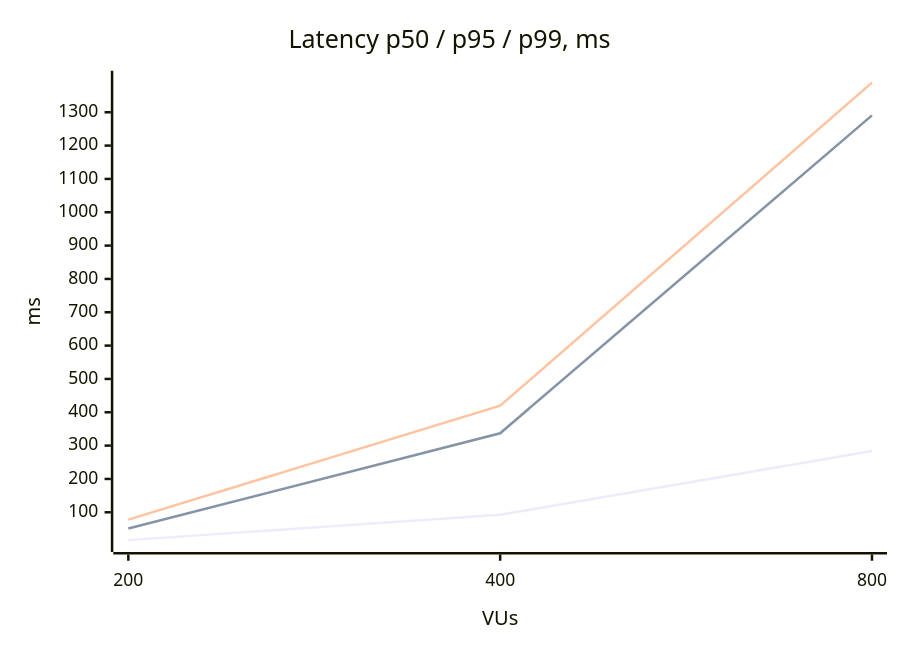
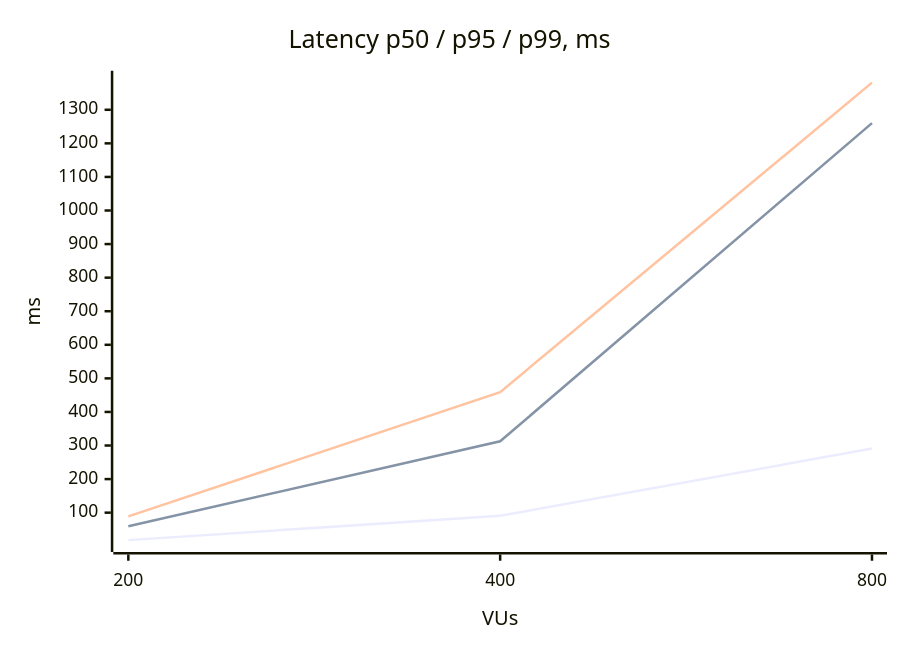
Diagram 15 of 21 in README.md (totalbyte/highload-system-practice), drawn with Mermaid before and after one commit. The commit also changed other lines of this file and 10 other files, not shown here.

````diff
--- a/README.md
+++ b/README.md
@@ -1601,9 +1601,9 @@
 ```mermaid
 xychart-beta
     title "Latency p50 / p95 / p99, ms"
     x-axis "VUs" [200, 400, 800]
     y-axis "ms"
-    line [16.5, 92.6, 283.7]
-    line [51.4, 337.1, 1290.7]
-    line [78.1, 419.6, 1388.9]
+    line [18.2, 90.5, 290.9]
+    line [59.3, 312.5, 1260.4]
+    line [88.8, 458.9, 1380.9]
 ```
````
